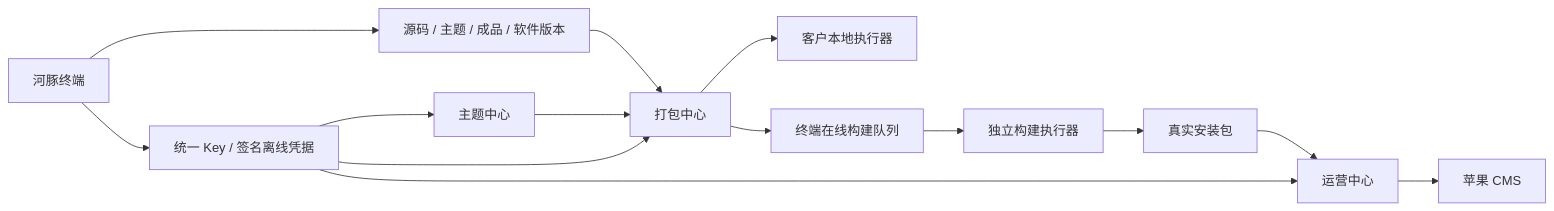
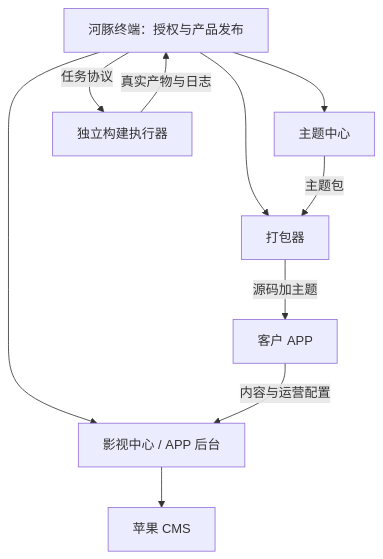
One commit to Jerry2586/Puffer-zhongduan changed the diagram in docs/architecture.md. Above: the diagram before and after it, drawn with Mermaid. The commit also changed other lines of this file and 12 other files, not shown here.

````diff
--- a/docs/architecture.md
+++ b/docs/architecture.md
@@ -7,16 +18,12 @@
 ```mermaid
-flowchart LR
-    T[河豚终端] --> A[统一 Key / 签名离线凭据]
-    T --> R[源码 / 主题 / 成品 / 软件版本]
-    A --> S[主题中心]
-    A --> P[打包中心]
-    A --> O[运营中心]
-    S --> P
-    R --> P
-    P --> L[客户本地执行器]
-    P --> Q[终端在线构建队列]
-    Q --> W[独立构建执行器]
-    W --> I[真实安装包]
-    I --> O
+flowchart TB
+    T[河豚终端：授权与产品发布] --> S[主题中心]
+    T --> P[打包器]
+    T --> O[影视中心 / APP 后台]
+    S -->|主题包| P
+    P -->|源码加主题| A[客户 APP]
+    A -->|内容与运营配置| O
     O --> C[苹果 CMS]
+    T -->|任务协议| W[独立构建执行器]
+    W -->|真实产物与日志| T
 ```
````
